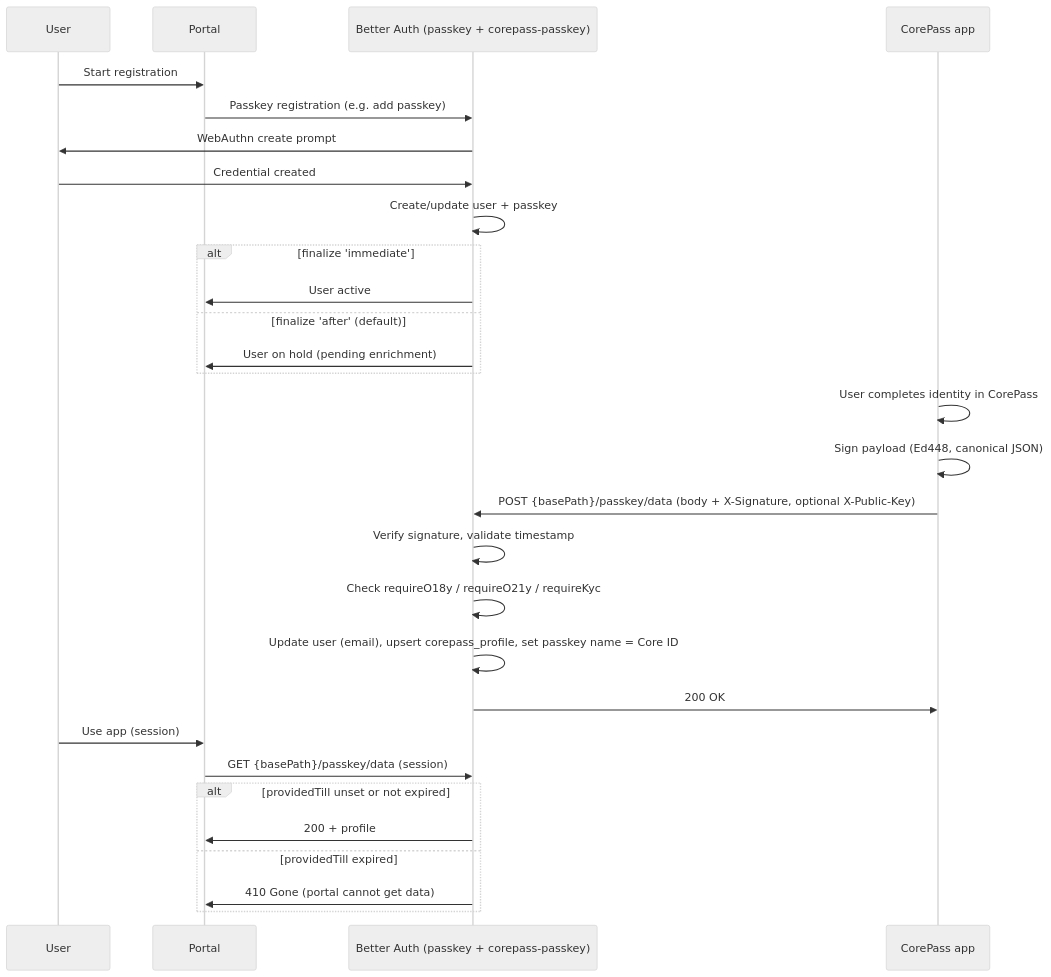
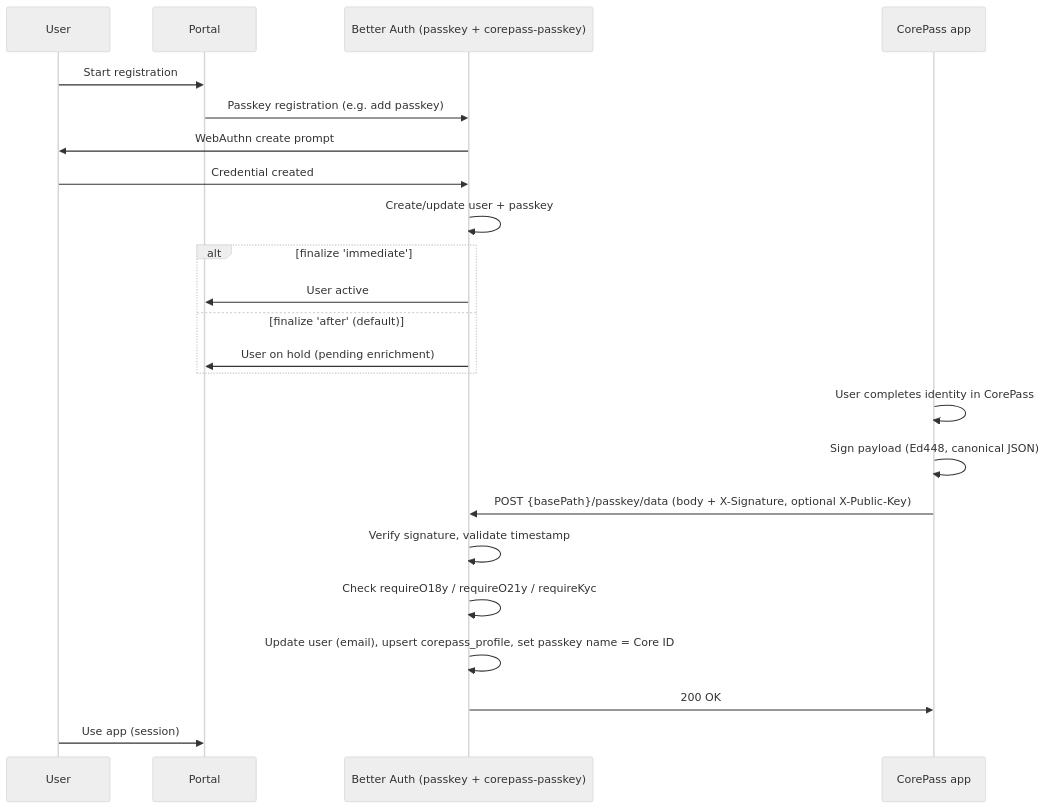
The diagram in README.md (CorePass/better-auth-corepass-passkey), drawn with Mermaid (neutral theme) before and after one commit. The commit also changed other lines of this file and 3 other files, not shown here.

````diff
--- a/README.md
+++ b/README.md
@@ -37,35 +37,29 @@
 ```mermaid
 sequenceDiagram
     participant User
     participant Portal
     participant BetterAuth as Better Auth (passkey + corepass-passkey)
     participant CorePass as CorePass app
 
     User->>Portal: Start registration
     Portal->>BetterAuth: Passkey registration (e.g. add passkey)
     BetterAuth->>User: WebAuthn create prompt
     User->>BetterAuth: Credential created
     BetterAuth->>BetterAuth: Create/update user + passkey
 
     alt finalize 'immediate'
         BetterAuth->>Portal: User active
     else finalize 'after' (default)
         BetterAuth->>Portal: User on hold (pending enrichment)
     end
 
     CorePass->>CorePass: User completes identity in CorePass
     CorePass->>CorePass: Sign payload (Ed448, canonical JSON)
     CorePass->>BetterAuth: POST {basePath}/passkey/data (body + X-Signature, optional X-Public-Key)
     BetterAuth->>BetterAuth: Verify signature, validate timestamp
     BetterAuth->>BetterAuth: Check requireO18y / requireO21y / requireKyc
     BetterAuth->>BetterAuth: Update user (email), upsert corepass_profile, set passkey name = Core ID
     BetterAuth->>CorePass: 200 OK
 
     User->>Portal: Use app (session)
-    Portal->>BetterAuth: GET {basePath}/passkey/data (session)
-    alt providedTill unset or not expired
-        BetterAuth->>Portal: 200 + profile
-    else providedTill expired
-        BetterAuth->>Portal: 410 Gone (portal cannot get data)
-    end
 ```
````
